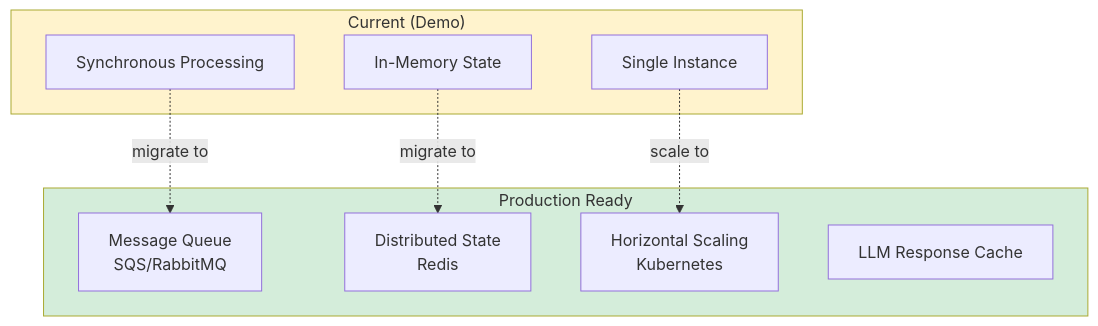
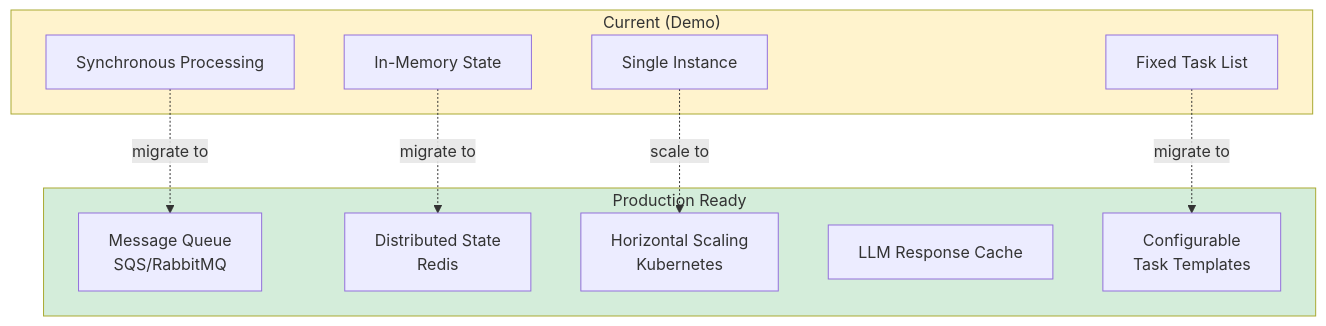
One commit to alyab16/Enterprise-Agents-Solutions-Case-Study changed diagram 14 of 17 in docs/SOLUTION_DESIGN.md. Above: the diagram before and after it, drawn with Mermaid. The commit also changed other lines of this file and 2 other files, not shown here.

````diff
--- a/docs/SOLUTION_DESIGN.md
+++ b/docs/SOLUTION_DESIGN.md
@@ -407,22 +589,25 @@
 ```mermaid
 flowchart TB
     subgraph Current["Current (Demo)"]
         SYNC[Synchronous Processing]
         MEMORY[In-Memory State]
         SINGLE[Single Instance]
+        FIXED[Fixed Task List]
     end
     
     subgraph Production["Production Ready"]
         ASYNC[Message Queue<br/>SQS/RabbitMQ]
         REDIS[Distributed State<br/>Redis]
         K8S[Horizontal Scaling<br/>Kubernetes]
         CACHE[LLM Response Cache]
+        TEMPLATES[Configurable<br/>Task Templates]
     end
     
     SYNC -.->|migrate to| ASYNC
     MEMORY -.->|migrate to| REDIS
     SINGLE -.->|scale to| K8S
+    FIXED -.->|migrate to| TEMPLATES
     
     style Current fill:#fff3cd
     style Production fill:#d4edda
 ```
````
